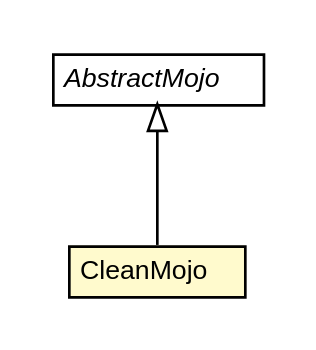
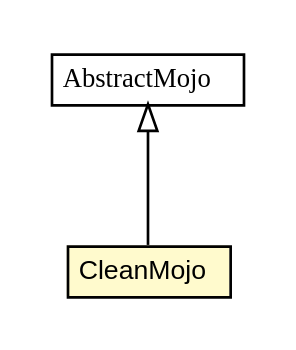
One commit to trajano/cleanpom-maven-plugin changed the diagram in apidocs/net/trajano/mojo/cleanpom/CleanMojo.dot. Above: the diagram before and after it, drawn with Graphviz. The commit also changed 93 other files, not shown here.

```diff
--- a/apidocs/net/trajano/mojo/cleanpom/CleanMojo.dot
+++ b/apidocs/net/trajano/mojo/cleanpom/CleanMojo.dot
@@ -1,26 +1,26 @@
 #!/usr/local/bin/dot
 #
 # Class diagram 
 # Generated by UMLGraph version R5_6-24-gf6e263 (http://www.umlgraph.org/)
 #
 
 digraph G {
-	edge [fontname="Helvetica",fontsize=10,labelfontname="Helvetica",labelfontsize=10];
-	node [fontname="Helvetica",fontsize=10,shape=plaintext];
+	edge [fontname="arial",fontsize=10,labelfontname="arial",labelfontsize=10];
+	node [fontname="arial",fontsize=10,shape=plaintext];
 	nodesep=0.25;
 	ranksep=0.5;
 	// net.trajano.mojo.cleanpom.CleanMojo
 	c6 [label=<<table title="net.trajano.mojo.cleanpom.CleanMojo" border="0" cellborder="1" cellspacing="0" cellpadding="2" port="p" bgcolor="lemonChiffon" href="./CleanMojo.html">
 		<tr><td><table border="0" cellspacing="0" cellpadding="1">
 <tr><td align="center" balign="center"> CleanMojo </td></tr>
 		</table></td></tr>
-		</table>>, URL="./CleanMojo.html", fontname="Helvetica", fontcolor="black", fontsize=10.0];
+		</table>>, URL="./CleanMojo.html", fontname="arial", fontcolor="black", fontsize=10.0];
 	//net.trajano.mojo.cleanpom.CleanMojo extends org.apache.maven.plugin.AbstractMojo
 	c9:p -> c6:p [dir=back,arrowtail=empty];
 	// org.apache.maven.plugin.AbstractMojo
-	c9 [label=<<table title="org.apache.maven.plugin.AbstractMojo" border="0" cellborder="1" cellspacing="0" cellpadding="2" port="p" href="http://java.sun.com/j2se/1.4.2/docs/api/org/apache/maven/plugin/AbstractMojo.html">
+	c9 [label=<<table title="org.apache.maven.plugin.AbstractMojo" border="0" cellborder="1" cellspacing="0" cellpadding="2" port="p">
 		<tr><td><table border="0" cellspacing="0" cellpadding="1">
-<tr><td align="center" balign="center"><font face="Helvetica-Oblique"> AbstractMojo </font></td></tr>
+<tr><td align="center" balign="center"><font face="arial italic"> AbstractMojo </font></td></tr>
 		</table></td></tr>
-		</table>>, URL="http://java.sun.com/j2se/1.4.2/docs/api/org/apache/maven/plugin/AbstractMojo.html", fontname="Helvetica", fontcolor="black", fontsize=10.0];
+		</table>>, URL="null", fontname="arial", fontcolor="black", fontsize=10.0];
 }
```
